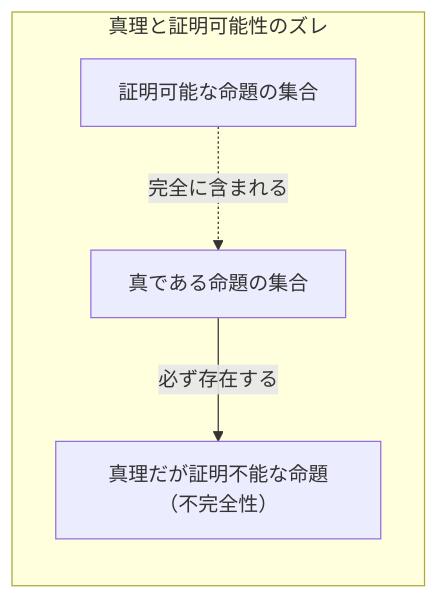
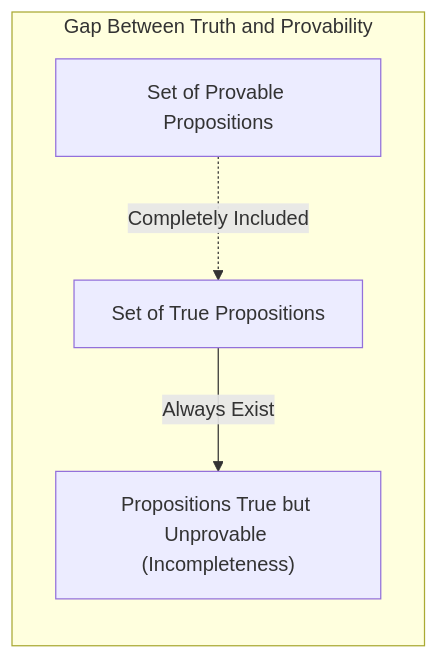
Before and after one commit to kenjinote/blog: the second of 4 diagrams in content/post/godels-incompleteness-theorems/index.en.md, drawn with Mermaid. The commit also changed other lines of this file and 28 other files, not shown here.

Commit message:
Translate Japanese text inside Mermaid diagrams to respective languages

````diff
--- a/content/post/godels-incompleteness-theorems/index.en.md
+++ b/content/post/godels-incompleteness-theorems/index.en.md
@@ -63,10 +63,10 @@
 ```mermaid
 graph LR
-    subgraph "真理と証明可能性のズレ"
-        A["真である命題の集合"]
-        B["証明可能な命題の集合"]
-        B -.->|"完全に含まれる"| A
-        C["真理だが証明不能な命題（不完全性）"]
-        A -->|"必ず存在する"| C
+    subgraph "Gap Between Truth and Provability"
+        A["Set of True Propositions"]
+        B["Set of Provable Propositions"]
+        B -.->|"Completely Included"| A
+        C["Propositions True but Unprovable (Incompleteness)"]
+        A -->|"Always Exist"| C
     end
 ```
````
